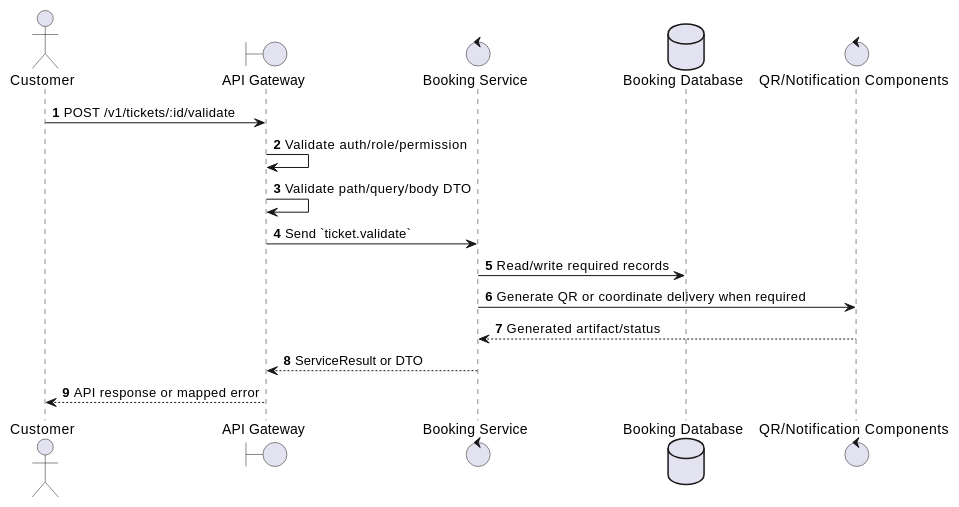
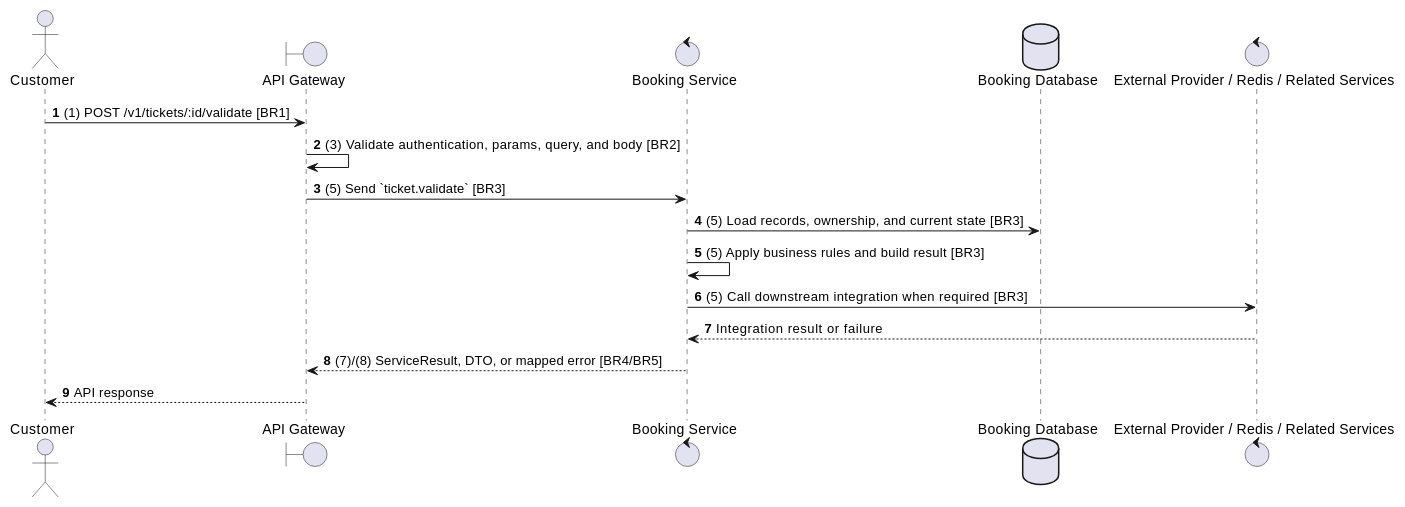
One commit to Tanh1603/movie-hub-architecture changed the second of 2 diagrams in docs/functional_specs/3.7_Ticket_Management_Module/TK-03_Validate_Ticket.md. Above: the diagram before and after it, drawn with PlantUML. The commit also changed other lines of this file and 129 other files, not shown here.

````diff
--- a/docs/functional_specs/3.7_Ticket_Management_Module/TK-03_Validate_Ticket.md
+++ b/docs/functional_specs/3.7_Ticket_Management_Module/TK-03_Validate_Ticket.md
@@ -17,20 +64,20 @@
 ```plantuml
 @startuml
 autonumber
 actor "Customer" as Actor
 boundary "API Gateway" as GW
 control "Booking Service" as SVC
 database "Booking Database" as DB
-control "QR/Notification Components" as EXT
+control "External Provider / Redis / Related Services" as EXT
 
-Actor -> GW: POST /v1/tickets/:id/validate
-GW -> GW: Validate auth/role/permission
-GW -> GW: Validate path/query/body DTO
-GW -> SVC: Send `ticket.validate`
-SVC -> DB: Read/write required records
-SVC -> EXT: Generate QR or coordinate delivery when required
-EXT --> SVC: Generated artifact/status
-SVC --> GW: ServiceResult or DTO
-GW --> Actor: API response or mapped error
+Actor -> GW: (1) POST /v1/tickets/:id/validate [BR1]
+GW -> GW: (3) Validate authentication, params, query, and body [BR2]
+GW -> SVC: (5) Send `ticket.validate` [BR3]
+SVC -> DB: (5) Load records, ownership, and current state [BR3]
+SVC -> SVC: (5) Apply business rules and build result [BR3]
+SVC -> EXT: (5) Call downstream integration when required [BR3]
+EXT --> SVC: Integration result or failure
+SVC --> GW: (7)/(8) ServiceResult, DTO, or mapped error [BR4/BR5]
+GW --> Actor: API response
 @enduml
 ```
````
